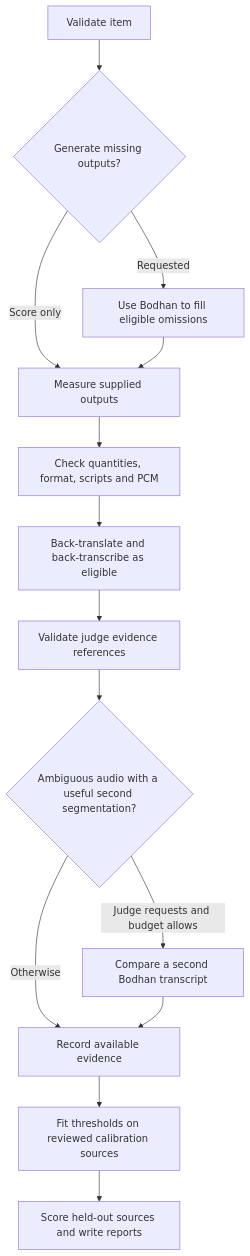
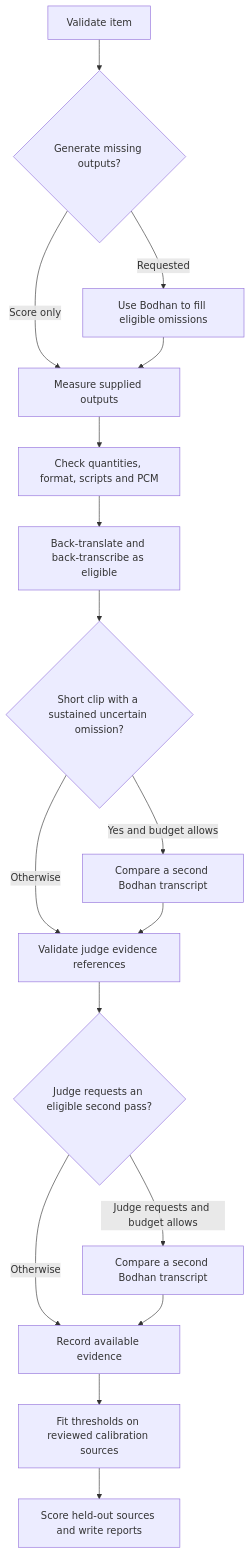
Before and after one commit to Bodhan-AI/Bodhan-AI-Cookbook: the second of 2 diagrams in examples/translation_speech_quality/DESIGN.md, drawn with Mermaid. The commit also changed other lines of this file and 14 other files, not shown here.

````diff
--- a/examples/translation_speech_quality/DESIGN.md
+++ b/examples/translation_speech_quality/DESIGN.md
@@ -25,16 +25,19 @@
 ```mermaid
 flowchart TD
     A[Validate item] --> B{Generate missing outputs?}
     B -->|Requested| C[Use Bodhan to fill eligible omissions]
     B -->|Score only| D[Measure supplied outputs]
     C --> D
     D --> E[Check quantities, format, scripts and PCM]
     E --> F[Back-translate and back-transcribe as eligible]
-    F --> G[Validate judge evidence references]
-    G --> H{Ambiguous audio with a useful second segmentation?}
+    F --> Q{Short clip with a sustained uncertain omission?}
+    Q -->|Yes and budget allows| A1[Compare a second Bodhan transcript]
+    Q -->|Otherwise| G[Validate judge evidence references]
+    A1 --> G
+    G --> H{Judge requests an eligible second pass?}
     H -->|Judge requests and budget allows| I[Compare a second Bodhan transcript]
     H -->|Otherwise| K[Record available evidence]
     I --> K
     K --> L[Fit thresholds on reviewed calibration sources]
     L --> M[Score held-out sources and write reports]
 ```
````
